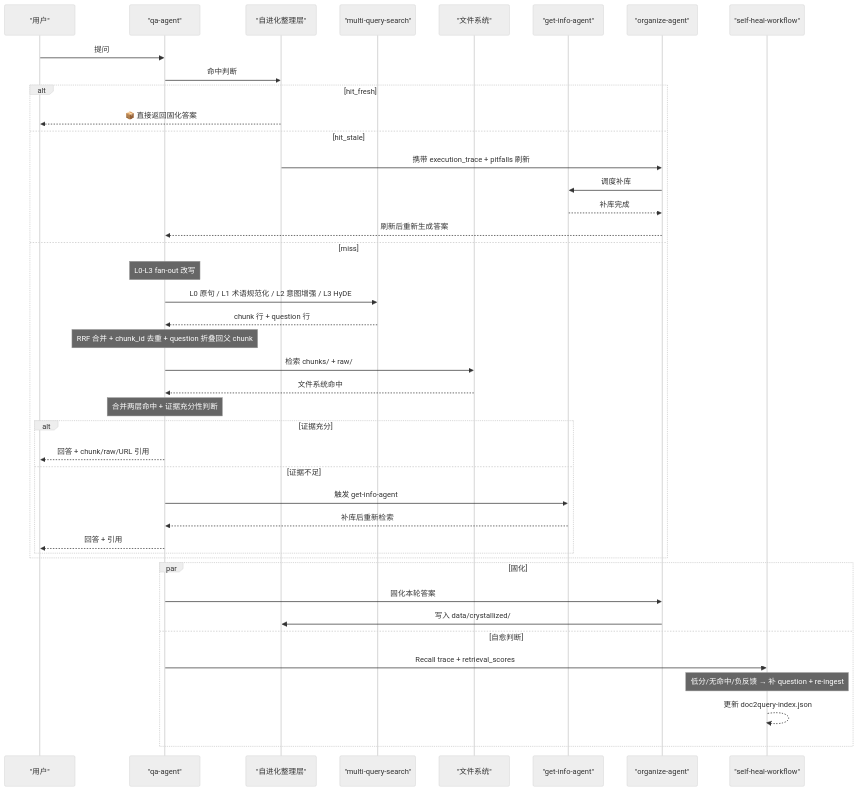
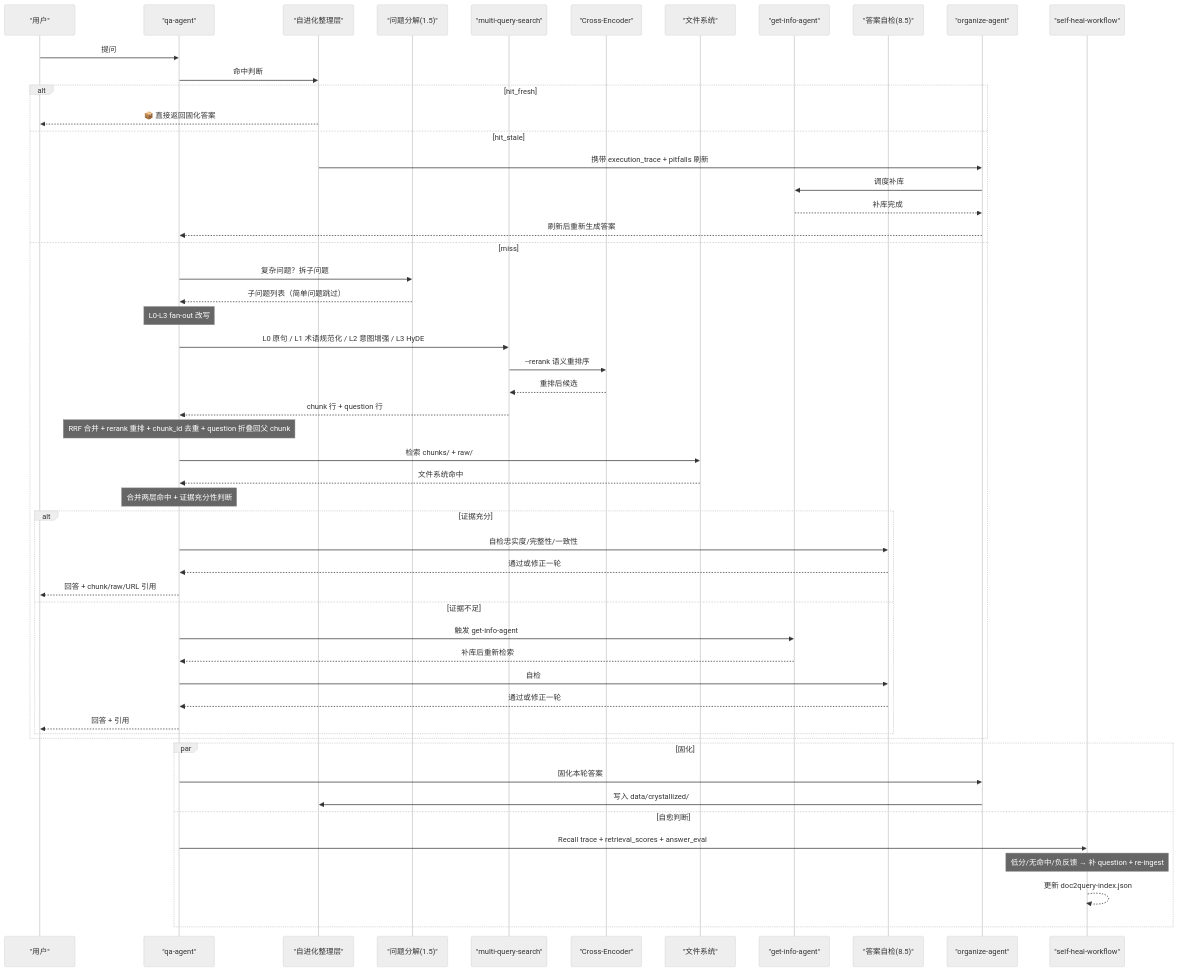
Before and after one commit to mengsi16/brain-base: the third of 4 diagrams in README.md, drawn with Mermaid (neutral theme). The commit also changed other lines of this file and 6 other files, not shown here.

First line of the commit message:
feat: add Agentic RAG core features  cross-encoder reranking, question decomposition, answer self-check

````diff
--- a/README.md
+++ b/README.md
@@ -164,45 +223,56 @@
 ```mermaid
 sequenceDiagram
     participant U as "用户"
     participant QA as "qa-agent"
     participant CRY as "自进化整理层"
+    participant DECOMP as "问题分解(1.5)"
     participant MQS as "multi-query-search"
+    participant RERANK as "Cross-Encoder"
     participant FS as "文件系统"
     participant GI as "get-info-agent"
+    participant CHK as "答案自检(8.5)"
     participant ORG as "organize-agent"
     participant SH as "self-heal-workflow"
 
     U->>QA: 提问
     QA->>CRY: 命中判断
     alt hit_fresh
         CRY-->>U: 📦 直接返回固化答案
     else hit_stale
         CRY->>ORG: 携带 execution_trace + pitfalls 刷新
         ORG->>GI: 调度补库
         GI-->>ORG: 补库完成
         ORG-->>QA: 刷新后重新生成答案
     else miss
+        QA->>DECOMP: 复杂问题？拆子问题
+        DECOMP-->>QA: 子问题列表（简单问题跳过）
         Note over QA: L0-L3 fan-out 改写
         QA->>MQS: L0 原句 / L1 术语规范化 / L2 意图增强 / L3 HyDE
+        MQS->>RERANK: --rerank 语义重排序
+        RERANK-->>MQS: 重排后候选
         MQS-->>QA: chunk 行 + question 行
-        Note over QA: RRF 合并 + chunk_id 去重 + question 折叠回父 chunk
+        Note over QA: RRF 合并 + rerank 重排 + chunk_id 去重 + question 折叠回父 chunk
         QA->>FS: 检索 chunks/ + raw/
         FS-->>QA: 文件系统命中
         Note over QA: 合并两层命中 + 证据充分性判断
         alt 证据充分
+            QA->>CHK: 自检忠实度/完整性/一致性
+            CHK-->>QA: 通过或修正一轮
             QA-->>U: 回答 + chunk/raw/URL 引用
         else 证据不足
             QA->>GI: 触发 get-info-agent
             GI-->>QA: 补库后重新检索
+            QA->>CHK: 自检
+            CHK-->>QA: 通过或修正一轮
             QA-->>U: 回答 + 引用
         end
     end
     par 固化
         QA->>ORG: 固化本轮答案
         ORG->>CRY: 写入 data/crystallized/
     and 自愈判断
-        QA->>SH: Recall trace + retrieval_scores
+        QA->>SH: Recall trace + retrieval_scores + answer_eval
         Note over SH: 低分/无命中/负反馈 → 补 question + re-ingest
         SH-->>SH: 更新 doc2query-index.json
     end
 ```
````
